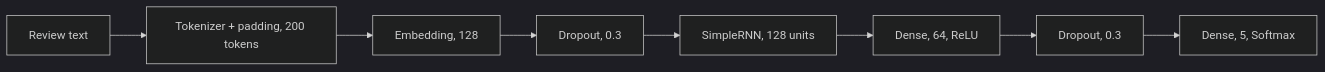
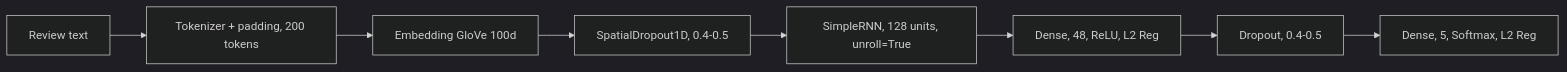
The diagram in RNN/Architecture.md (nguyenphongg233/BiLSTMnAttention-For-Sentiment-Analysis), drawn with Mermaid (dark theme) before and after one commit. The commit also changed other lines of this file and 14 other files, not shown here.

Commit message:
feat: export model training logs, classification reports, and saved models for RNN, Transformer, and BiLSTM architectures.

````diff
--- a/RNN/Architecture.md
+++ b/RNN/Architecture.md
@@ -3,10 +3,10 @@
 ```mermaid
 flowchart LR
     A[Review text] --> B[Tokenizer + padding, 200 tokens]
-    B --> C[Embedding, 128]
-    C --> D[Dropout, 0.3]
-    D --> E[SimpleRNN, 128 units]
-    E --> F[Dense, 64, ReLU]
-    F --> G[Dropout, 0.3]
-    G --> H[Dense, 5, Softmax]
+    B --> C[Embedding GloVe 100d]
+    C --> D[SpatialDropout1D, 0.4-0.5]
+    D --> E[SimpleRNN, 128 units, unroll=True]
+    E --> F[Dense, 48, ReLU, L2 Reg]
+    F --> G[Dropout, 0.4-0.5]
+    G --> H[Dense, 5, Softmax, L2 Reg]
 ```
````
